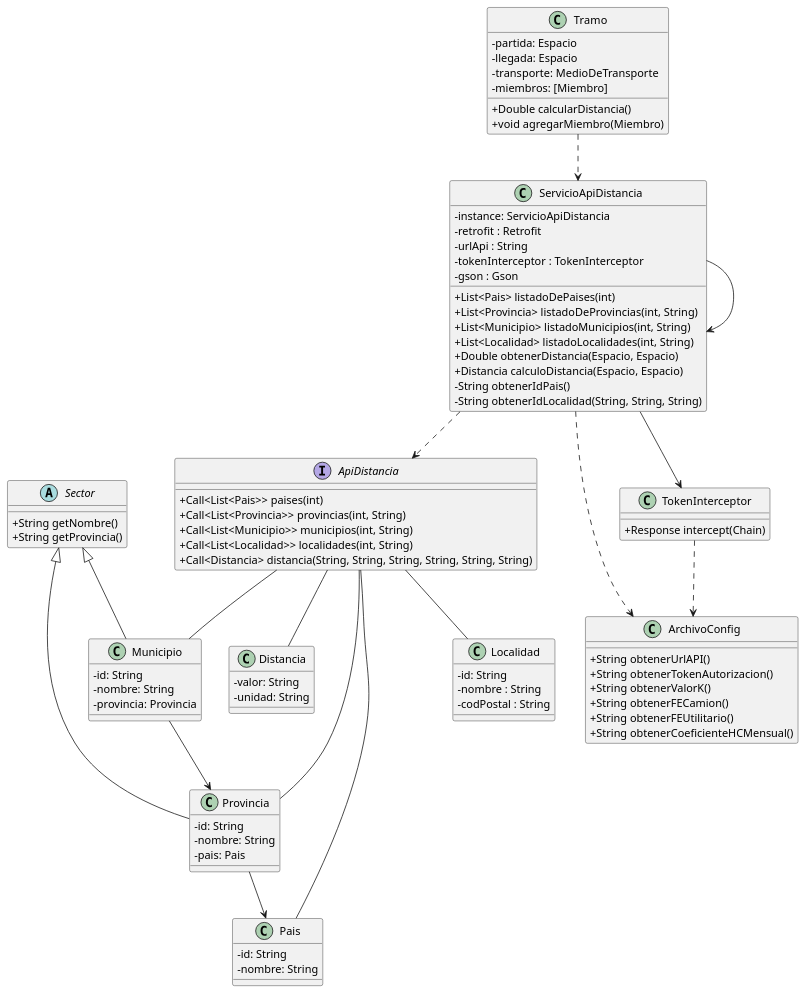
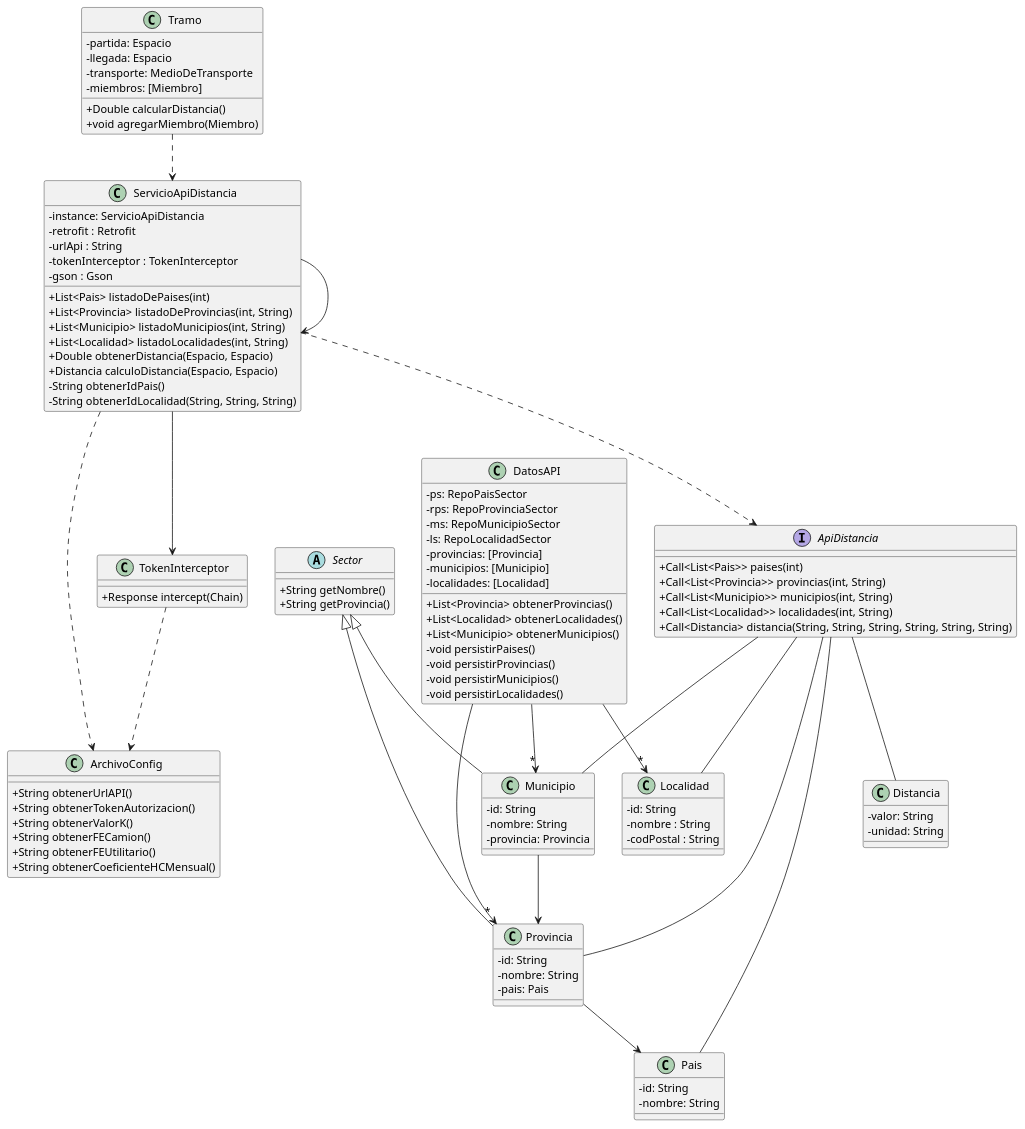
Before and after one commit to IgnacioG2000/TP-DDS: the diagram in src/ModeloDeAPI.puml, drawn with PlantUML. The commit also changed 1 other file, not shown here.

Commit message:
Actualizo diagramas

```diff
--- a/src/ModeloDeAPI.puml
+++ b/src/ModeloDeAPI.puml
@@ -1,107 +1,129 @@
 @startuml
 skinparam classAttributeIconSize 0
 
 interface ApiDistancia {
 + Call<List<Pais>> paises(int)
 + Call<List<Provincia>> provincias(int, String)
 + Call<List<Municipio>> municipios(int, String)
 + Call<List<Localidad>> localidades(int, String)
 + Call<Distancia> distancia(String, String, String, String, String, String)
 }
 
 class ArchivoConfig {
 
 + String obtenerUrlAPI()
 + String obtenerTokenAutorizacion()
 + String obtenerValorK()
 + String obtenerFECamion()
 + String obtenerFEUtilitario()
 + String obtenerCoeficienteHCMensual()
 }
 
 class Distancia {
 - valor: String
 - unidad: String
 }
 
 abstract class Sector {
 
 + String getNombre()
 + String getProvincia()
 }
 
 class Municipio extends Sector {
 - id: String
 - nombre: String
 - provincia: Provincia
 }
 
 class Pais {
 - id: String
 - nombre: String
 }
 
 class Provincia extends Sector {
 - id: String
 - nombre: String
 - pais: Pais
 }
 
 class Localidad {
 - id: String
 - nombre : String
 - codPostal : String
 }
 
 class Tramo {
 -partida: Espacio
 -llegada: Espacio
 -transporte: MedioDeTransporte
 -miembros: [Miembro]
 
 +Double calcularDistancia()
 +void agregarMiembro(Miembro)
 }
 
 class TokenInterceptor {
 
 + Response intercept(Chain)
 }
 
+class DatosAPI {
+-ps: RepoPaisSector
+-rps: RepoProvinciaSector
+-ms: RepoMunicipioSector
+-ls: RepoLocalidadSector
+-provincias: [Provincia]
+-municipios: [Municipio]
+-localidades: [Localidad]
+
++List<Provincia> obtenerProvincias()
++List<Localidad> obtenerLocalidades()
++List<Municipio> obtenerMunicipios()
+-void persistirPaises()
+-void persistirProvincias()
+-void persistirMunicipios()
+-void persistirLocalidades()
+}
+
 class ServicioApiDistancia {
 - instance: ServicioApiDistancia
 - retrofit : Retrofit
 - urlApi : String
 - tokenInterceptor : TokenInterceptor
 - gson : Gson
 
 + List<Pais> listadoDePaises(int)
 + List<Provincia> listadoDeProvincias(int, String)
 + List<Municipio> listadoMunicipios(int, String)
 + List<Localidad> listadoLocalidades(int, String)
 + Double obtenerDistancia(Espacio, Espacio)
 + Distancia calculoDistancia(Espacio, Espacio)
 - String obtenerIdPais()
 - String obtenerIdLocalidad(String, String, String)
 }
+
+DatosAPI --> "*" Provincia
+DatosAPI --> "*" Municipio
+DatosAPI --> "*" Localidad
 
 ApiDistancia -- Pais
 ApiDistancia -- Provincia
 ApiDistancia -- Localidad
 ApiDistancia -- Municipio
 ApiDistancia -- Distancia
 
 ServicioApiDistancia --> ServicioApiDistancia
 ServicioApiDistancia ..> ApiDistancia
 ServicioApiDistancia ..> ArchivoConfig
 ServicioApiDistancia --> TokenInterceptor
 
 TokenInterceptor ..> ArchivoConfig
 
 Provincia --> Pais
 
 Municipio --> Provincia
 
 Tramo ..> ServicioApiDistancia
 
 @enduml
```
